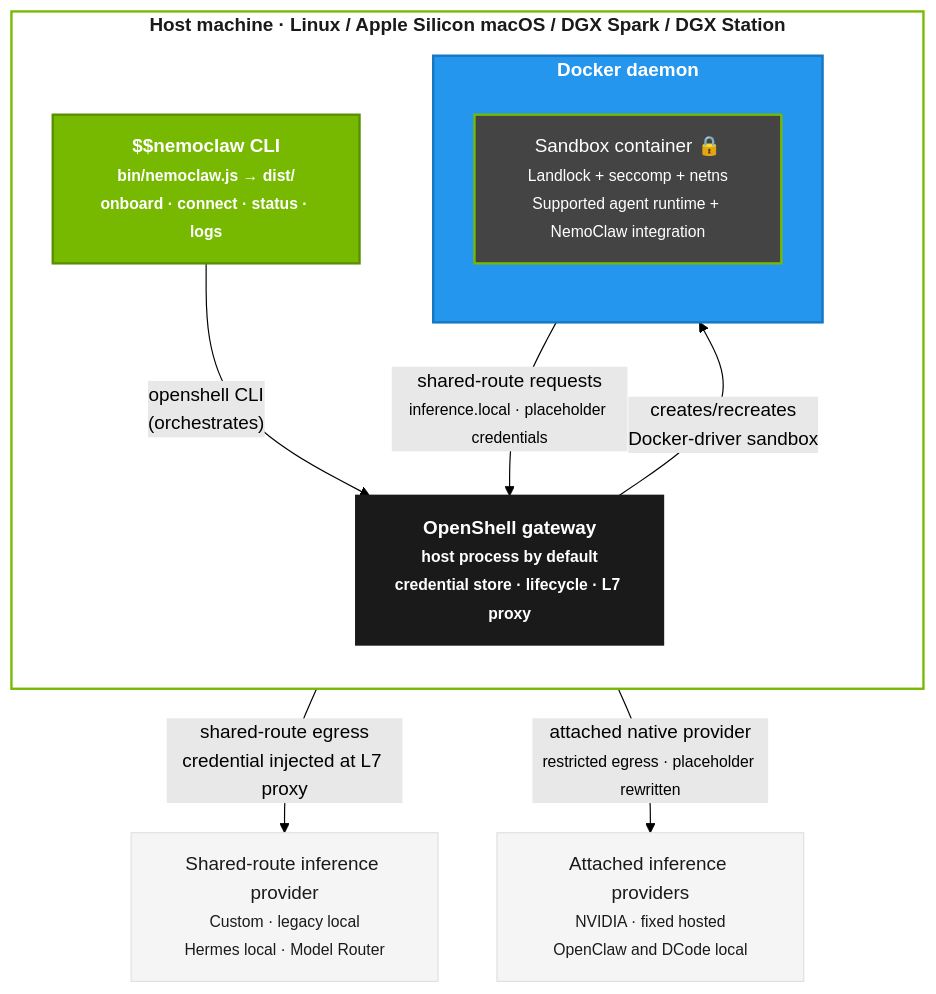
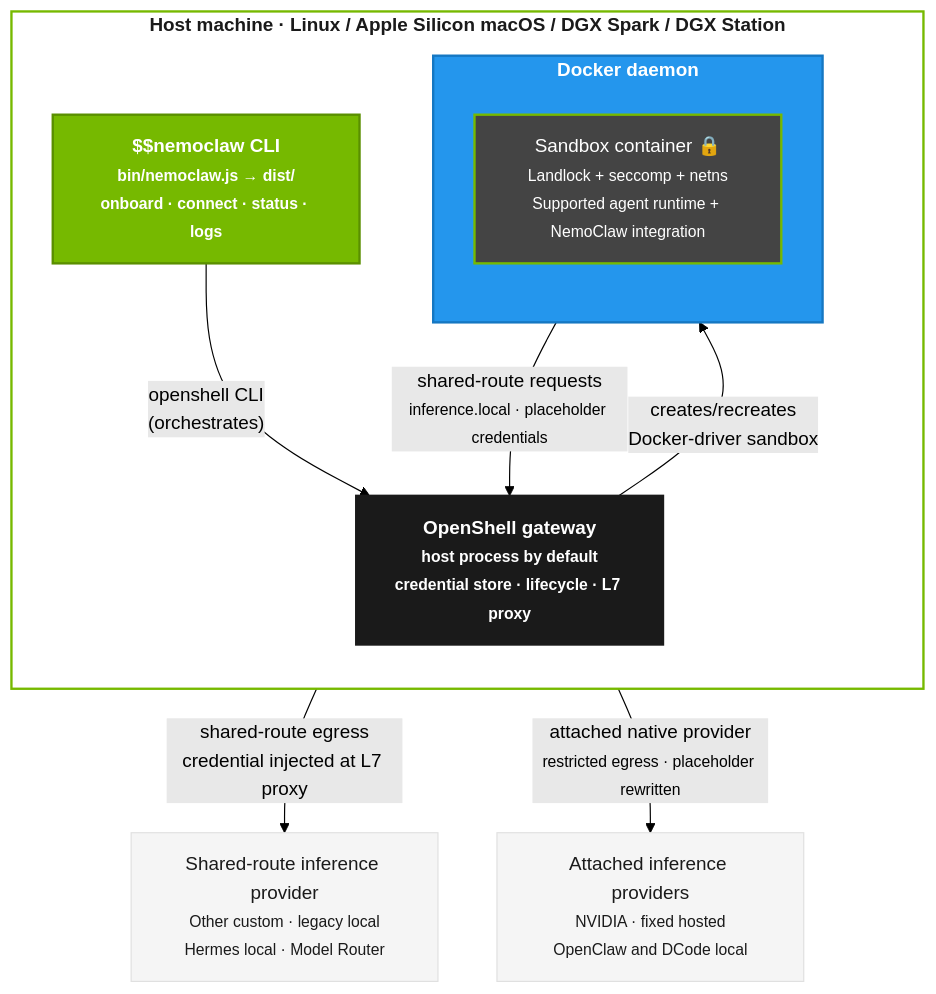
The second of 3 diagrams in docs/reference/architecture.mdx (Akhilvallala1/NemoClaw), drawn with Mermaid (forest theme) before and after one commit. The commit also changed other lines of this file and 16 other files, not shown here.

Commit message:
docs(inference): clarify qualified local endpoint routing

````diff
--- a/docs/reference/architecture.mdx
+++ b/docs/reference/architecture.mdx
@@ -154,34 +154,34 @@
 ```mermaid
 graph TB
     classDef host fill:#fff,stroke:#76b900,stroke-width:2px,color:#1a1a1a,font-weight:bold
     classDef cli fill:#76b900,stroke:#5a8f00,color:#fff,stroke-width:2px,font-weight:bold
     classDef docker fill:#2496ed,stroke:#1577c2,color:#fff,stroke-width:2px,font-weight:bold
     classDef gateway fill:#1a1a1a,stroke:#1a1a1a,color:#fff,stroke-width:2px,font-weight:bold
     classDef sandbox fill:#444,stroke:#76b900,color:#fff,stroke-width:2px
     classDef external fill:#f5f5f5,stroke:#e0e0e0,color:#1a1a1a,stroke-width:1px
 
     subgraph HOST["Host machine · Linux / Apple Silicon macOS / DGX Spark / DGX Station"]
         direction TB
         CLI["$$nemoclaw CLI<br/><small>bin/nemoclaw.js → dist/<br/>onboard · connect · status · logs</small>"]:::cli
         GW["OpenShell gateway<br/><small>host process by default<br/>credential store · lifecycle · L7 proxy</small>"]:::gateway
 
         subgraph DOCKER["Docker daemon"]
             direction TB
             SANDBOX["Sandbox container 🔒<br/><small>Landlock + seccomp + netns<br/>Supported agent runtime + NemoClaw integration</small>"]:::sandbox
         end
     end
 
-    SHARED_INFER["Shared-route inference provider<br/><small>Custom · legacy local<br/>Hermes local · Model Router</small>"]:::external
+    SHARED_INFER["Shared-route inference provider<br/><small>Other custom · legacy local<br/>Hermes local · Model Router</small>"]:::external
     NVIDIA_INFER["Attached inference providers<br/><small>NVIDIA · fixed hosted<br/>OpenClaw and DCode local</small>"]:::external
 
     CLI -->|"openshell CLI<br/>(orchestrates)"| GW
     GW -->|"creates/recreates<br/>Docker-driver sandbox"| SANDBOX
     SANDBOX -->|"shared-route requests<br/><small>inference.local · placeholder credentials</small>"| GW
     GW -->|"shared-route egress<br/>credential injected at L7 proxy"| SHARED_INFER
     SANDBOX -->|"attached native provider<br/><small>restricted egress · placeholder rewritten</small>"| NVIDIA_INFER
 
     class HOST host
     class DOCKER docker
     class GW gateway
     class SANDBOX sandbox
 ```
````
